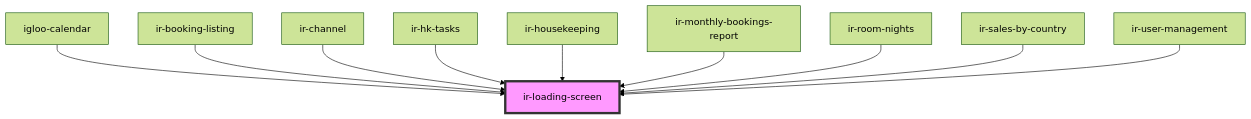
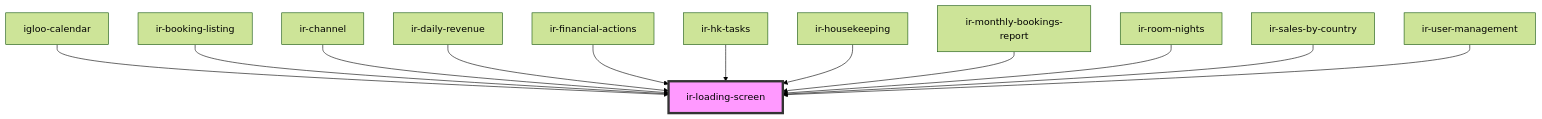
The diagram in src/components/ir-loading-screen/readme.md (RonyRizk/ir-webcmp), drawn with Mermaid (forest theme) before and after one commit. The commit also changed other lines of this file and 156 other files, not shown here.

````diff
--- a/src/components/ir-loading-screen/readme.md
+++ b/src/components/ir-loading-screen/readme.md
@@ -30,13 +32,15 @@
 ```mermaid
 graph TD;
   igloo-calendar --> ir-loading-screen
   ir-booking-listing --> ir-loading-screen
   ir-channel --> ir-loading-screen
+  ir-daily-revenue --> ir-loading-screen
+  ir-financial-actions --> ir-loading-screen
   ir-hk-tasks --> ir-loading-screen
   ir-housekeeping --> ir-loading-screen
   ir-monthly-bookings-report --> ir-loading-screen
   ir-room-nights --> ir-loading-screen
   ir-sales-by-country --> ir-loading-screen
   ir-user-management --> ir-loading-screen
   style ir-loading-screen fill:#f9f,stroke:#333,stroke-width:4px
 ```
````
